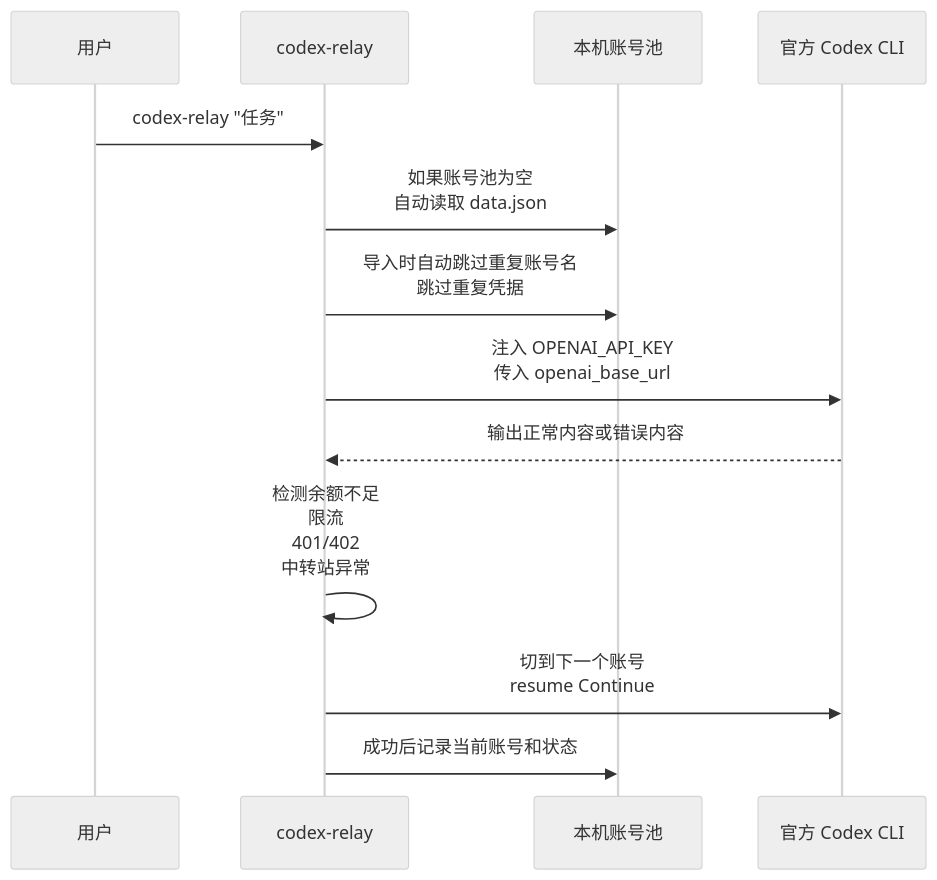
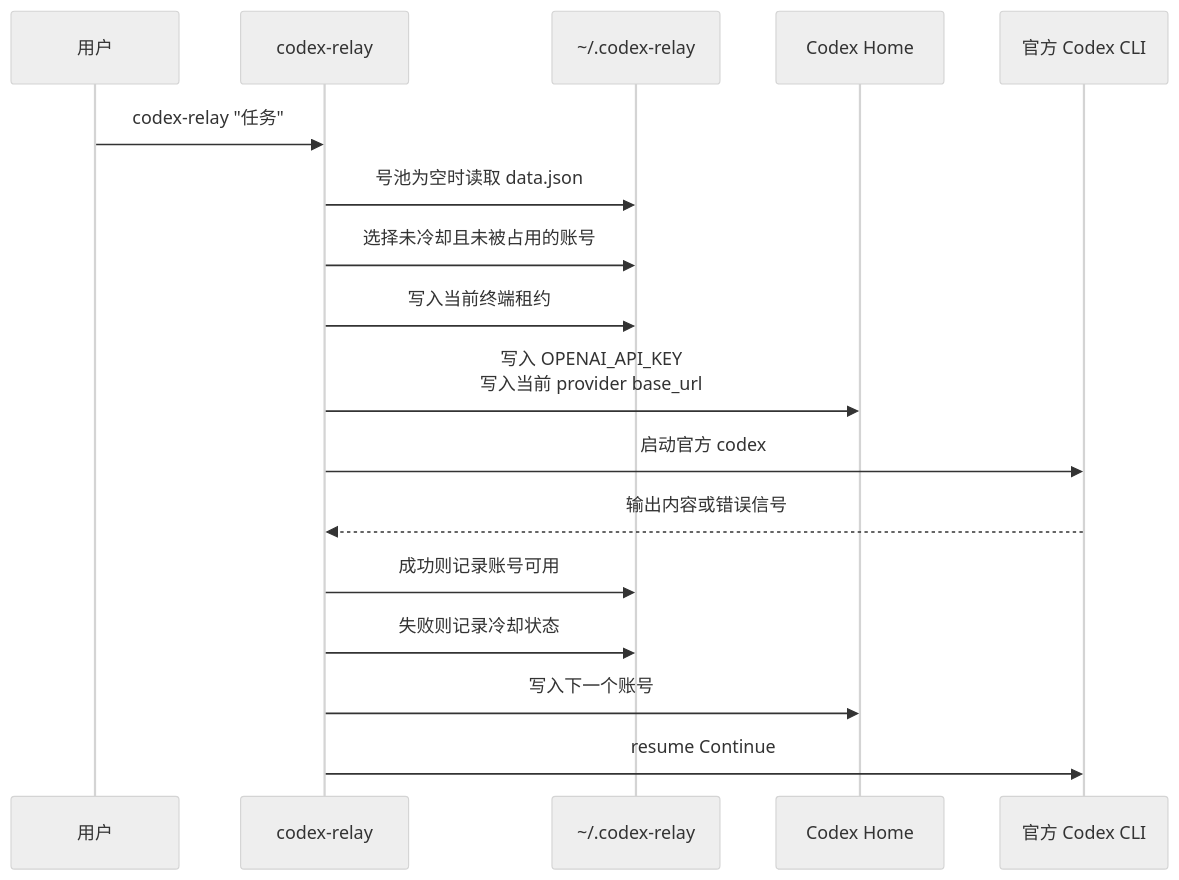
The second of 3 diagrams in ARCHITECTURE.md (Albert-PZY/codex-relay), drawn with Mermaid (neutral theme) before and after one commit. The commit also changed other lines of this file and 18 other files, not shown here.

First line of the commit message:
fix: reuse codex home for relay runs

````diff
--- a/ARCHITECTURE.md
+++ b/ARCHITECTURE.md
@@ -57,15 +71,19 @@
 ```mermaid
 sequenceDiagram
   participant User as 用户
   participant CLI as codex-relay
-  participant Pool as 本机账号池
+  participant Pool as ~/.codex-relay
+  participant Home as Codex Home
   participant Codex as 官方 Codex CLI
   User->>CLI: codex-relay "任务"
-  CLI->>Pool: 如果账号池为空<br>自动读取 data.json
-  CLI->>Pool: 导入时自动跳过重复账号名<br>跳过重复凭据
-  CLI->>Codex: 注入 OPENAI_API_KEY<br>传入 openai_base_url
-  Codex-->>CLI: 输出正常内容或错误内容
-  CLI->>CLI: 检测余额不足<br>限流<br>401/402<br>中转站异常
-  CLI->>Codex: 切到下一个账号<br>resume Continue
-  CLI->>Pool: 成功后记录当前账号和状态
+  CLI->>Pool: 号池为空时读取 data.json
+  CLI->>Pool: 选择未冷却且未被占用的账号
+  CLI->>Pool: 写入当前终端租约
+  CLI->>Home: 写入 OPENAI_API_KEY<br>写入当前 provider base_url
+  CLI->>Codex: 启动官方 codex
+  Codex-->>CLI: 输出内容或错误信号
+  CLI->>Pool: 成功则记录账号可用
+  CLI->>Pool: 失败则记录冷却状态
+  CLI->>Home: 写入下一个账号
+  CLI->>Codex: resume Continue
 ```
````
